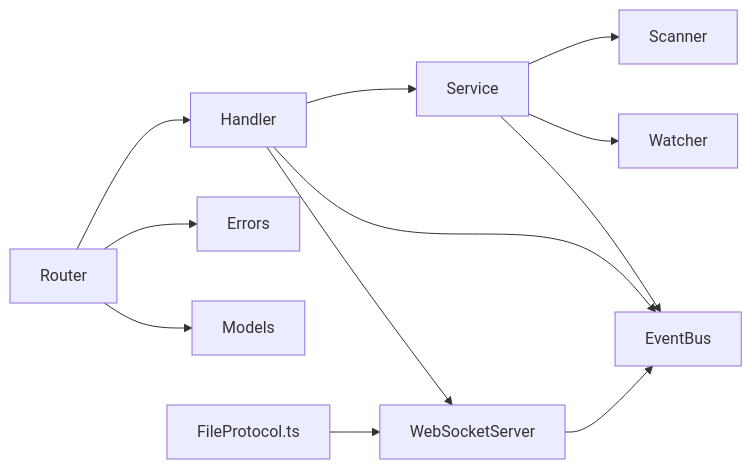
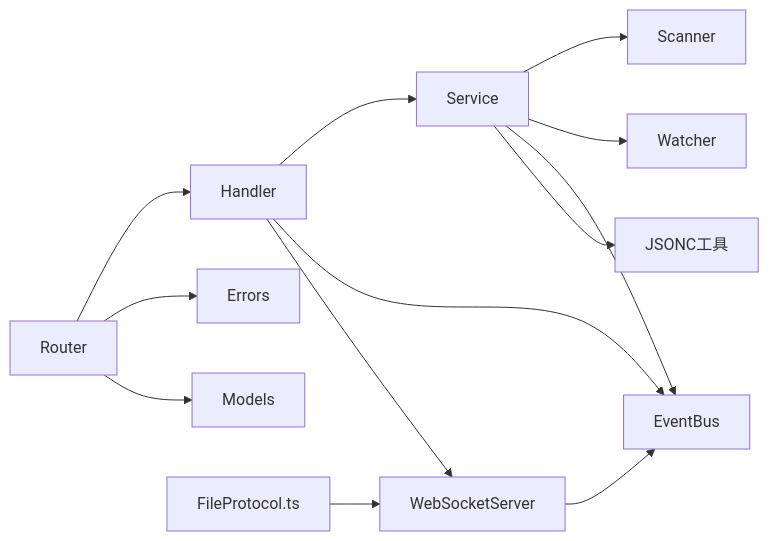
One commit to kqcoxn/MaaPipelineEditor changed the eighth of 8 diagrams in .qoder/repowiki/zh/content/开发者指南/代码结构说明/后端架构设计/协议处理器系统/文件协议处理器.md. Above: the diagram before and after it, drawn with Mermaid. The commit also changed other lines of this file and 31 other files, not shown here.

````diff
--- a/.qoder/repowiki/zh/content/开发者指南/代码结构说明/后端架构设计/协议处理器系统/文件协议处理器.md
+++ b/.qoder/repowiki/zh/content/开发者指南/代码结构说明/后端架构设计/协议处理器系统/文件协议处理器.md
@@ -405,14 +463,15 @@
 ```mermaid
 graph LR
 FH["Handler"] --> FS["Service"]
 FH --> EB["EventBus"]
 FH --> WS["WebSocketServer"]
 FS --> SC["Scanner"]
 FS --> WT["Watcher"]
 FS --> EB
+FS --> JC["JSONC工具"]
 WS --> EB
 RT["Router"] --> FH
 RT --> ER["Errors"]
 RT --> MD["Models"]
 FP["FileProtocol.ts"] --> WS
 ```
````
